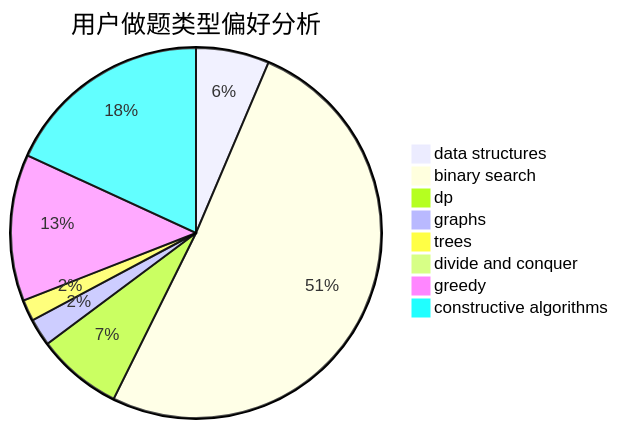
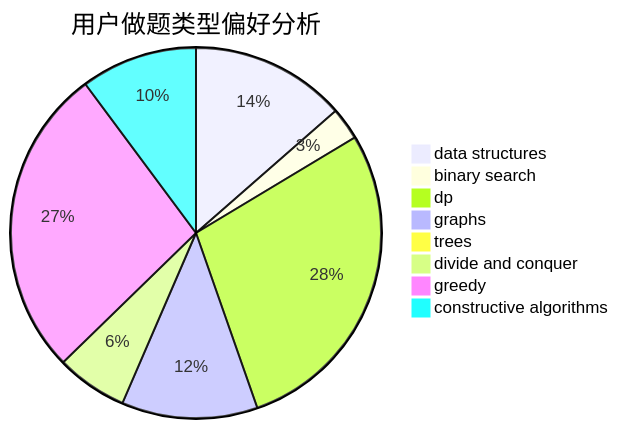
One commit to sherpahu/cfrs.github.io changed the second of 3 diagrams in docs/user/u2738.md. Above: the diagram before and after it, drawn with Mermaid. The commit also changed other lines of this file and 2770 other files, not shown here.

````diff
--- a/docs/user/u2738.md
+++ b/docs/user/u2738.md
@@ -23,11 +23,11 @@
 ```mermaid
 pie title 用户做题类型偏好分析
     "data structures" :  24
-    "binary search" :  191
-    "dp" :  28
-    "graphs" :  9
-    "trees" :  7
-    "divide and conquer" :  0
+    "binary search" :  5
+    "dp" :  50
+    "graphs" :  21
+    "trees" :  0
+    "divide and conquer" :  11
     "greedy" :  48
-    "constructive algorithms" :  68
+    "constructive algorithms" :  18
 ```
````
